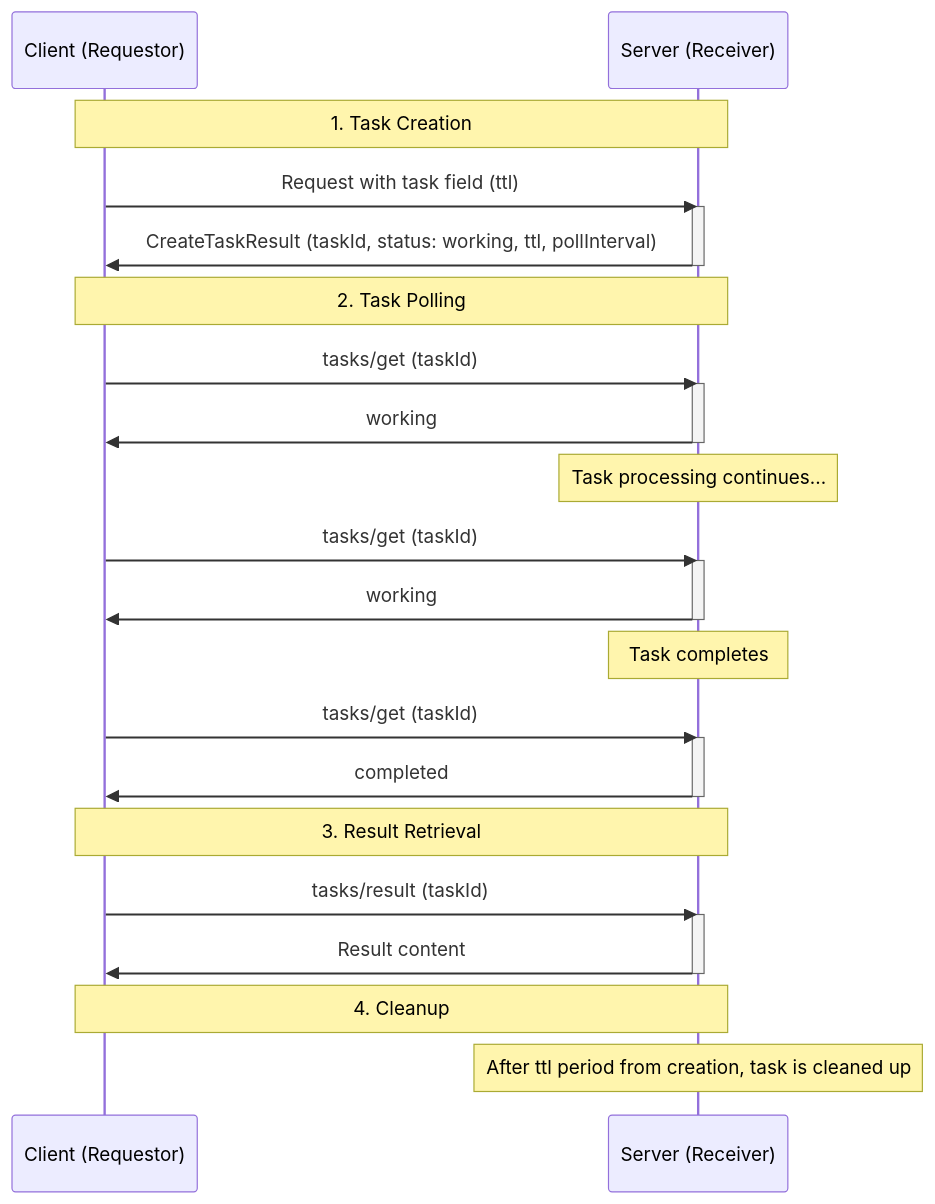
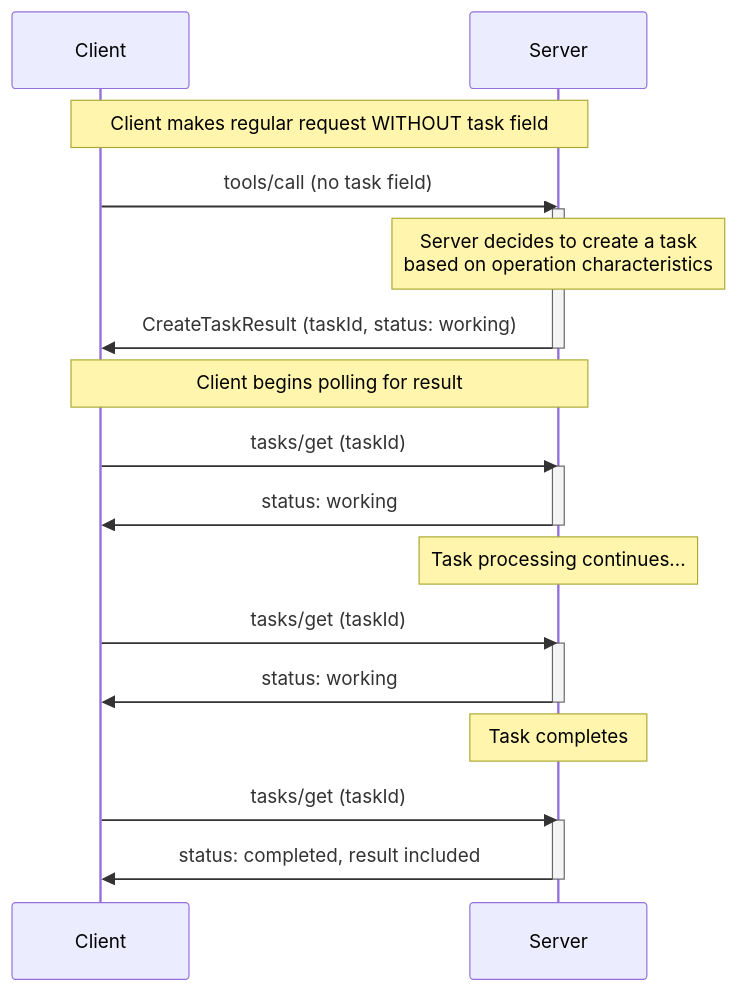
One commit to modelcontextprotocol/modelcontextprotocol changed the second of 6 diagrams in docs/specification/draft/basic/utilities/tasks.mdx. Above: the diagram before and after it, drawn with Mermaid. The commit also changed other lines of this file and 4 other files, not shown here.

````diff
--- a/docs/specification/draft/basic/utilities/tasks.mdx
+++ b/docs/specification/draft/basic/utilities/tasks.mdx
@@ -504,32 +537,32 @@
 ```mermaid
 sequenceDiagram
-    participant C as Client (Requestor)
-    participant S as Server (Receiver)
-    Note over C,S: 1. Task Creation
-    C->>S: Request with task field (ttl)
+    participant C as Client
+    participant S as Server
+
+    Note over C,S: Client makes regular request WITHOUT task field
+    C->>S: tools/call (no task field)
     activate S
-    S->>C: CreateTaskResult (taskId, status: working, ttl, pollInterval)
+    Note over S: Server decides to create a task<br/>based on operation characteristics
+    S->>C: CreateTaskResult (taskId, status: working)
     deactivate S
-    Note over C,S: 2. Task Polling
+
+    Note over C,S: Client begins polling for result
     C->>S: tasks/get (taskId)
     activate S
-    S->>C: working
+    S->>C: status: working
     deactivate S
+
     Note over S: Task processing continues...
+
     C->>S: tasks/get (taskId)
     activate S
-    S->>C: working
+    S->>C: status: working
     deactivate S
+
     Note over S: Task completes
+
     C->>S: tasks/get (taskId)
     activate S
-    S->>C: completed
+    S->>C: status: completed, result included
     deactivate S
-    Note over C,S: 3. Result Retrieval
-    C->>S: tasks/result (taskId)
-    activate S
-    S->>C: Result content
-    deactivate S
-    Note over C,S: 4. Cleanup
-    Note over S: After ttl period from creation, task is cleaned up
 ```
````
